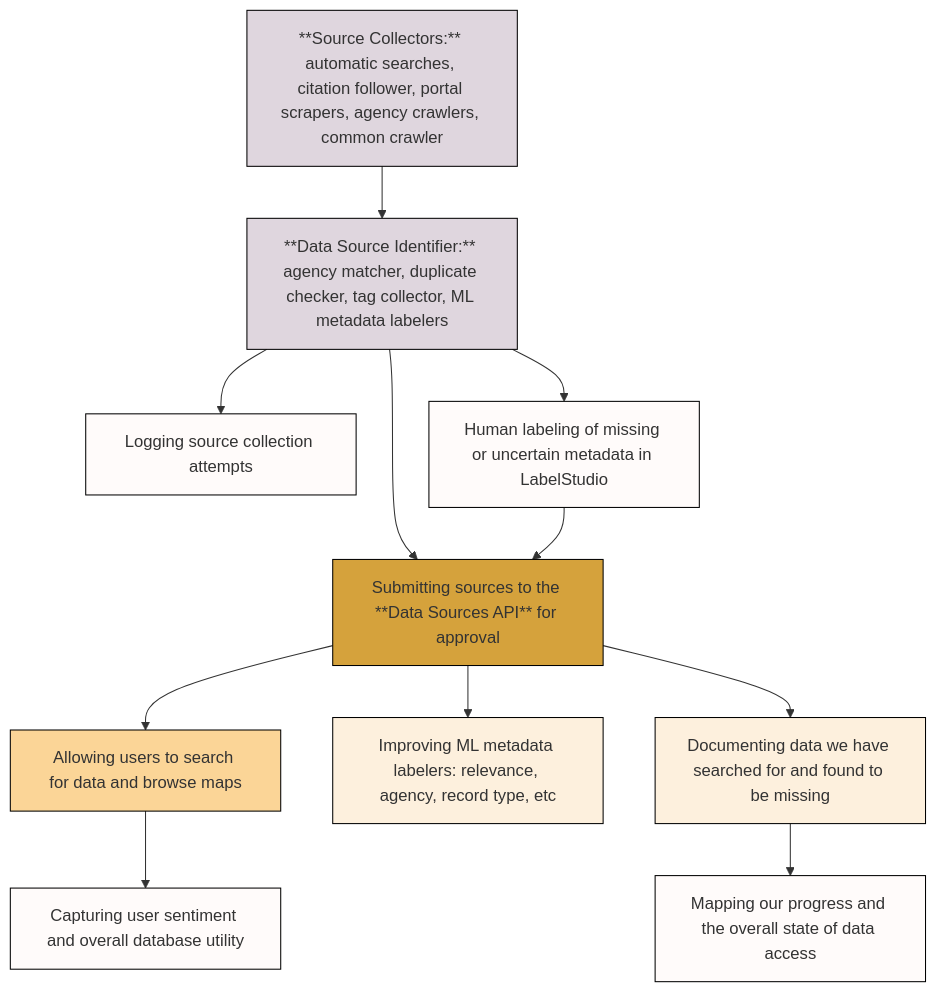
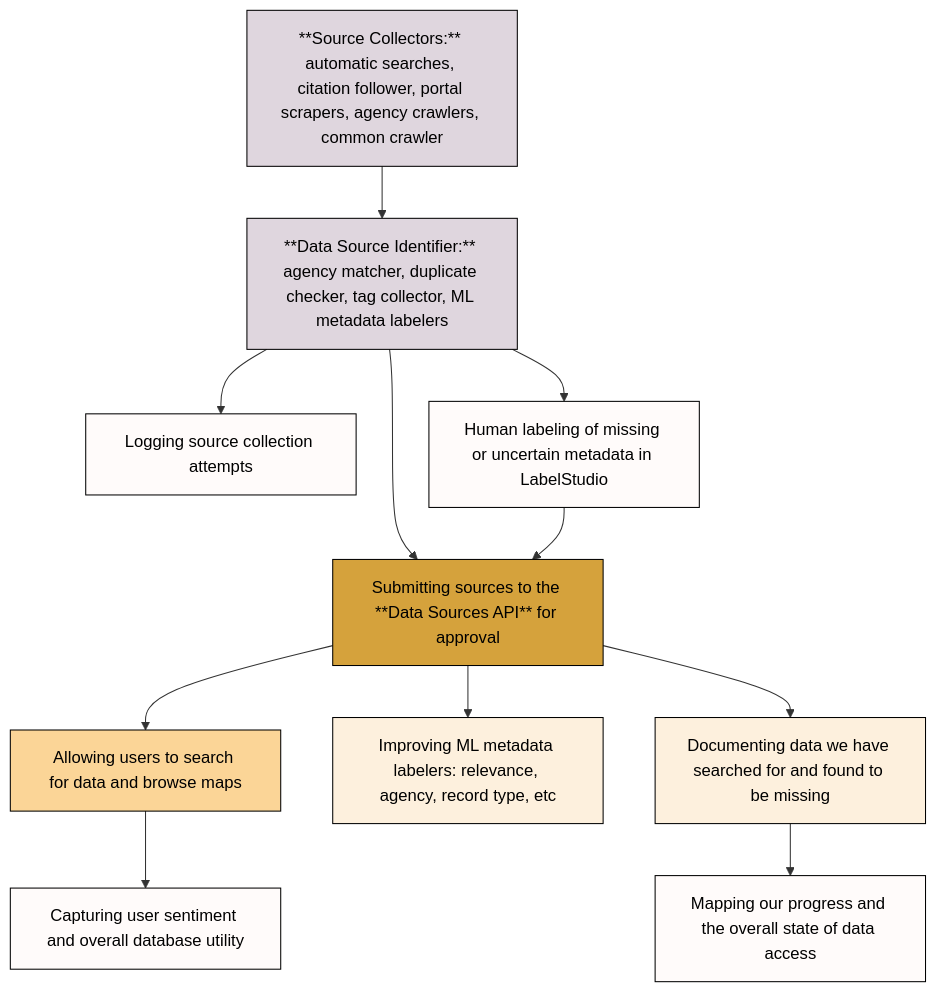
Before and after one commit to Police-Data-Accessibility-Project/data-source-identification: the first of 3 diagrams in README.md, drawn with Mermaid.

Commit message:
readme diagram text color

````diff
--- a/README.md
+++ b/README.md
@@ -38,37 +38,37 @@
 ```mermaid
 flowchart TD
     SourceCollectors["**Source Collectors:** automatic searches, citation follower, portal scrapers, agency crawlers, common crawler"]
     Logging["Logging source collection attempts"]
     API["Submitting sources to the **Data Sources API** for approval"]
     Identifier["**Data Source Identifier:** agency matcher, duplicate checker, tag collector, ML metadata labelers"]
     LabelStudio["Human labeling of missing or uncertain metadata in LabelStudio"]
 
     Identifier --> LabelStudio
     Identifier ---> API
     LabelStudio --> API
     Identifier --> Logging
 
     SourceCollectors --> Identifier
 
     API --> Search["Allowing users to search for data and browse maps"]
     Search --> Sentiment["Capturing user sentiment and overall database utility"]
     API --> MLModels["Improving ML metadata labelers: relevance, agency, record type, etc"]
     API --> Missingness["Documenting data we have searched for and found to be missing"]
     Missingness --> Maps["Mapping our progress and the overall state of data access"]
 
     %% Default class for black stroke
-    classDef default fill:#fffbfa,stroke:#000,stroke-width:1px;
+    classDef default fill:#fffbfa,stroke:#000,stroke-width:1px,color:#000;
 
     %% Custom styles
     class API gold;
     class Search lightgold;
     class MLModels,Missingness lightergold;
     class SourceCollectors,Identifier byzantium
 
     %% Define specific classes
     classDef gray fill:#bfc0c0
     classDef gold fill:#d5a23c
     classDef lightgold fill:#fbd597
     classDef lightergold fill:#fdf0dd
     classDef byzantium fill:#dfd6de
 ```
````
